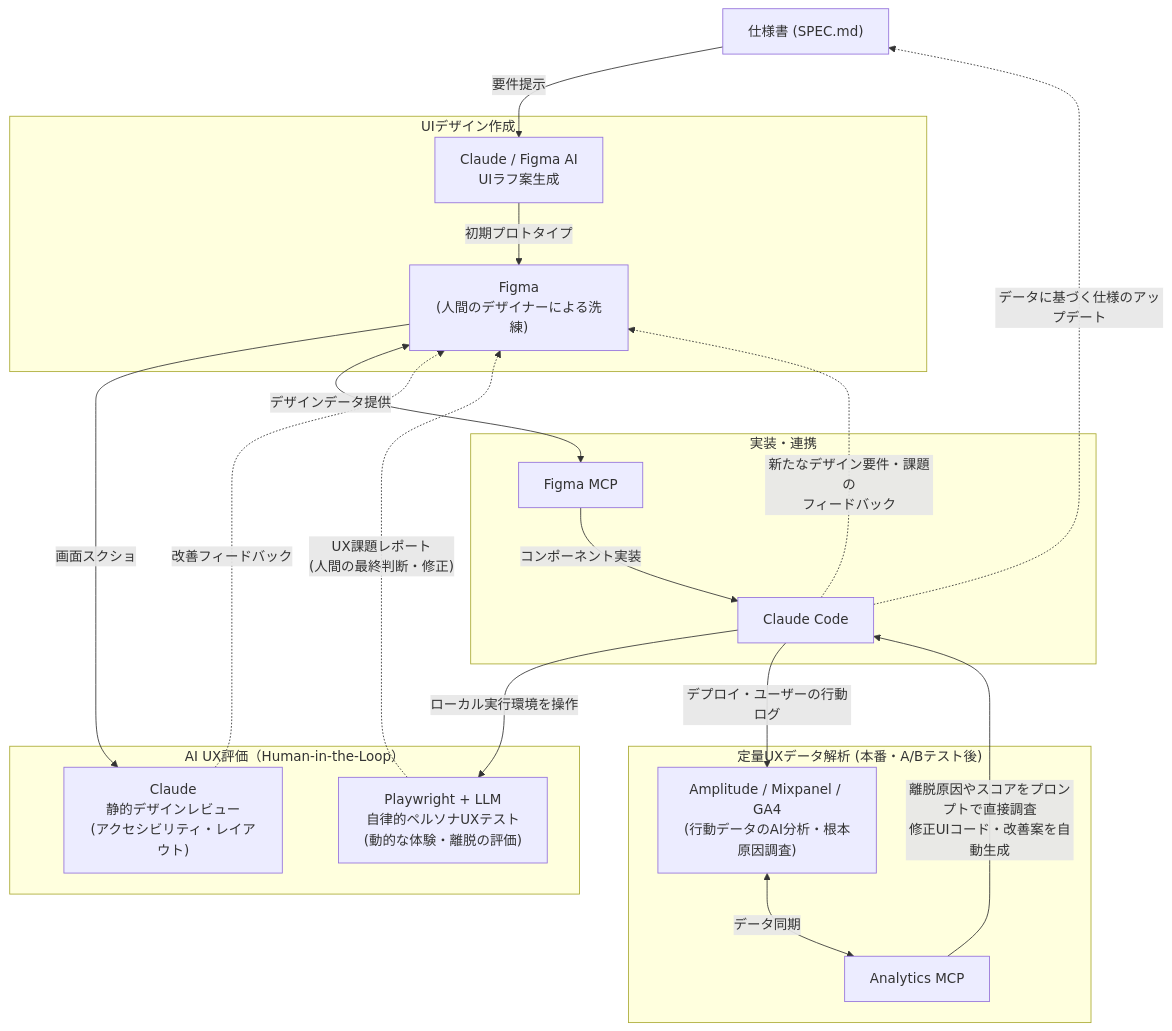
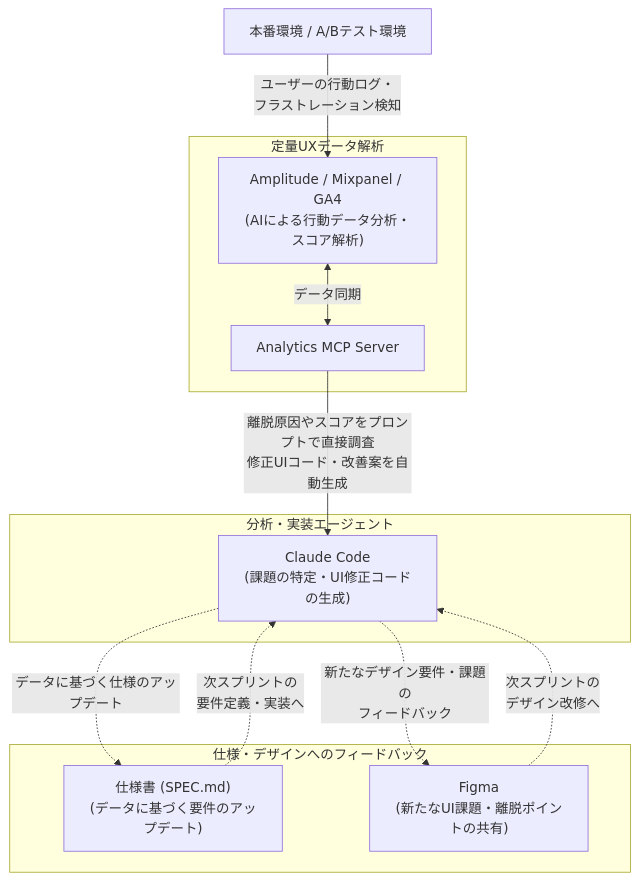
The fourth of 21 diagrams in AI駆動開発.md (takuma39/ai), drawn with Mermaid before and after one commit. The commit also changed other lines of this file, not shown here.

Commit message:
update: AI駆動開発.mdを更新

````diff
--- a/AI駆動開発.md
+++ b/AI駆動開発.md
@@ -222,42 +222,28 @@
 ```mermaid
 graph TD
-    MD["仕様書 (SPEC.md)"]
+    Prod["本番環境 / A/Bテスト環境"]
 
-    subgraph design["UIデザイン作成"]
-        GenAI["Claude / Figma AI<br/>UIラフ案生成"]
-        Figma["Figma<br/>(人間のデザイナーによる洗練)"]
+    subgraph analytics["定量UXデータ解析"]
+        SaaS["Amplitude / Mixpanel / GA4<br/>(AIによる行動データ分析・スコア解析)"]
+        SaaSMCP["Analytics MCP Server"]
     end
 
-    subgraph evaluation["AI UX評価（Human-in-the-Loop）"]
-        StaticReview["Claude<br/>静的デザインレビュー<br/>(アクセシビリティ・レイアウト)"]
-        PersonaTest["Playwright + LLM<br/>自律的ペルソナUXテスト<br/>(動的な体験・離脱の評価)"]
+    subgraph agent["分析・実装エージェント"]
+        ClaudeCode["Claude Code<br/>(課題の特定・UI修正コードの生成)"]
     end
 
-    subgraph impl["実装・連携"]
-        FigmaMCP["Figma MCP"]
-        ClaudeCode["Claude Code"]
+    subgraph feedback["仕様・デザインへのフィードバック"]
+        MD["仕様書 (SPEC.md)<br/>(データに基づく要件のアップデート)"]
+        Figma["Figma<br/>(新たなUI課題・離脱ポイントの共有)"]
     end
 
-    subgraph analytics["定量UXデータ解析 (本番・A/Bテスト後)"]
-        SaaS["Amplitude / Mixpanel / GA4<br/>(行動データのAI分析・根本原因調査)"]
-        SaaSMCP["Analytics MCP"]
-    end
-
-    MD -->|"要件提示"| GenAI
-    GenAI -->|"初期プロトタイプ"| Figma
-    Figma -->|"画面スクショ"| StaticReview
-    StaticReview -.->|"改善フィードバック"| Figma
-    
-    Figma <-->|"デザインデータ提供"| FigmaMCP
-    FigmaMCP -->|"コンポーネント実装"| ClaudeCode
-    
-    ClaudeCode -->|"ローカル実行環境を操作"| PersonaTest
-    PersonaTest -.->|"UX課題レポート<br/>(人間の最終判断・修正)"| Figma
-
-    ClaudeCode -->|"デプロイ・ユーザーの行動ログ"| SaaS
+    Prod -->|"ユーザーの行動ログ・<br/>フラストレーション検知"| SaaS
     SaaS <-->|"データ同期"| SaaSMCP
     SaaSMCP -->|"離脱原因やスコアをプロンプトで直接調査<br/>修正UIコード・改善案を自動生成"| ClaudeCode
 
     ClaudeCode -.->|"データに基づく仕様のアップデート"| MD
     ClaudeCode -.->|"新たなデザイン要件・課題の<br/>フィードバック"| Figma
+    
+    MD -.->|"次スプリントの<br/>要件定義・実装へ"| ClaudeCode
+    Figma -.->|"次スプリントの<br/>デザイン改修へ"| ClaudeCode
 ```
````
